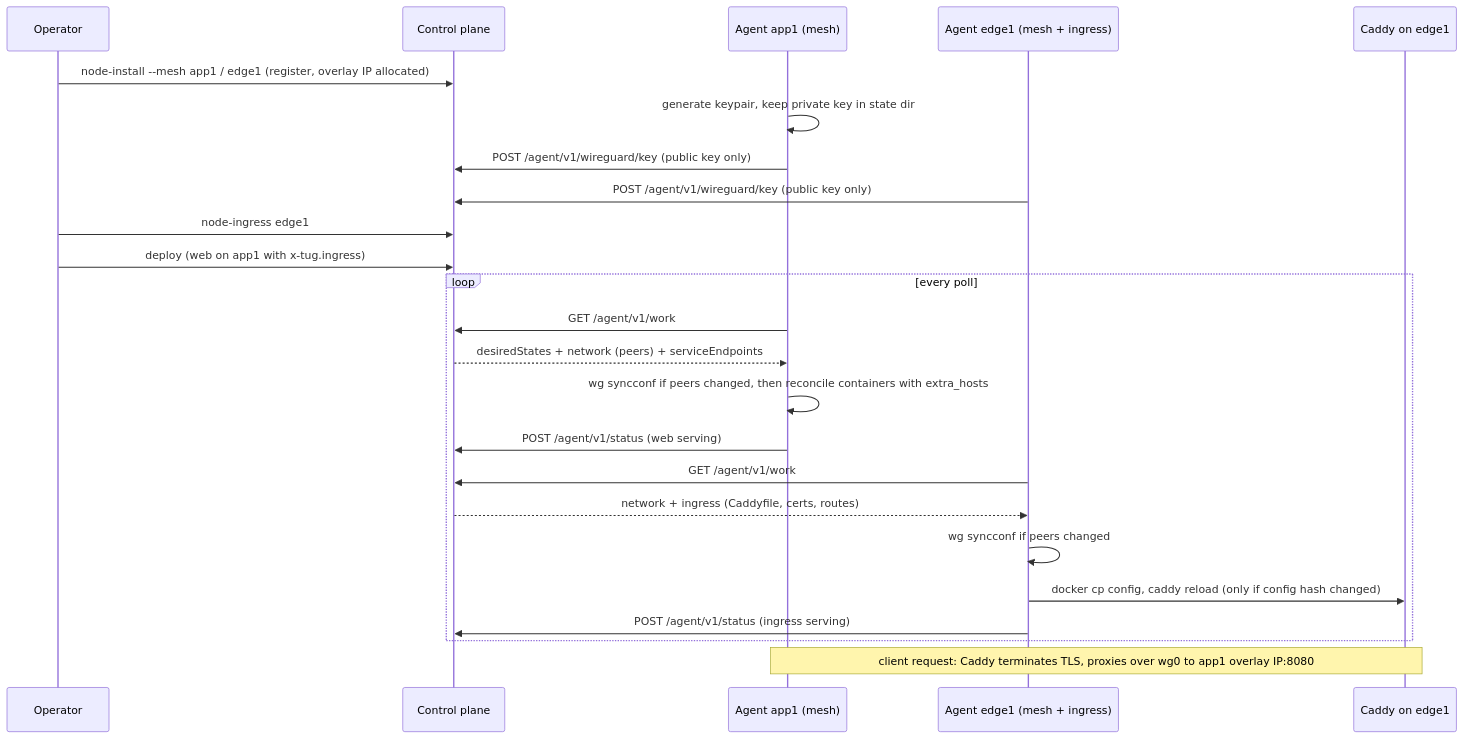
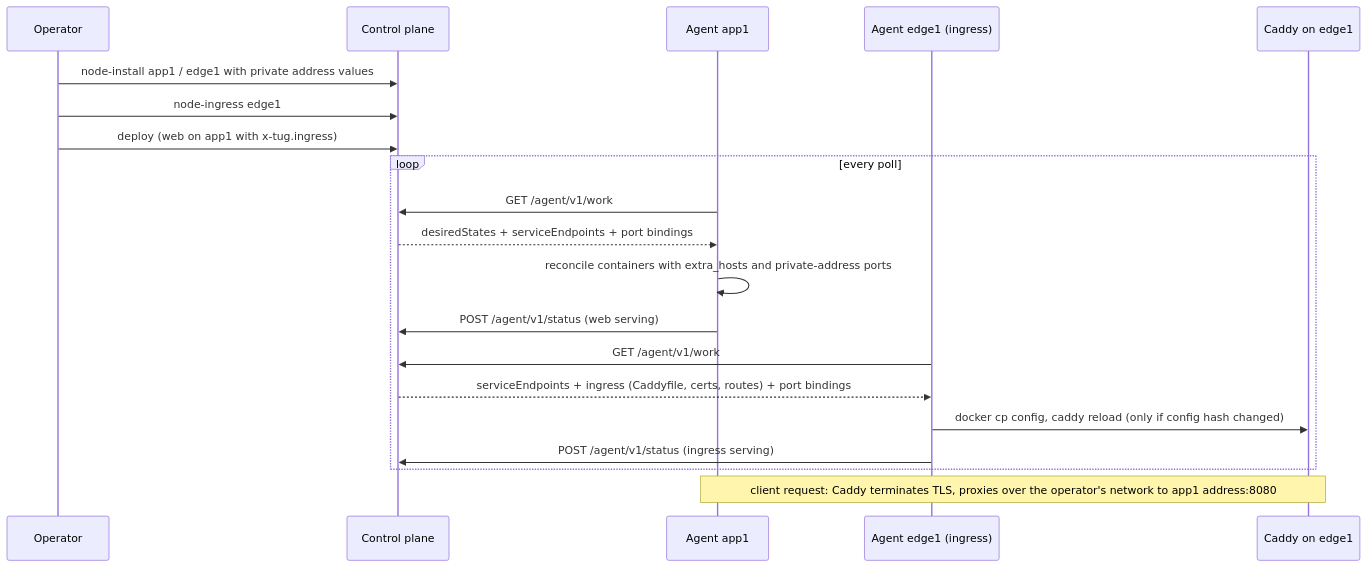
Before and after one commit to wpelevator/tug: the diagram in docs/networking.md, drawn with Mermaid. The commit also changed other lines of this file and 57 other files, not shown here.

Commit message:
feat: remove WireGuard mesh; use the operator's private network

````diff
--- a/docs/networking.md
+++ b/docs/networking.md
@@ -141,27 +124,23 @@
 ```mermaid
 sequenceDiagram
     participant Op as Operator
     participant Ctrl as Control plane
-    participant A as Agent app1 (mesh)
-    participant E as Agent edge1 (mesh + ingress)
+    participant A as Agent app1
+    participant E as Agent edge1 (ingress)
     participant Caddy as Caddy on edge1
 
-    Op->>Ctrl: node-install --mesh app1 / edge1 (register, overlay IP allocated)
-    A->>A: generate keypair, keep private key in state dir
-    A->>Ctrl: POST /agent/v1/wireguard/key (public key only)
-    E->>Ctrl: POST /agent/v1/wireguard/key (public key only)
+    Op->>Ctrl: node-install app1 / edge1 with private address values
     Op->>Ctrl: node-ingress edge1
     Op->>Ctrl: deploy (web on app1 with x-tug.ingress)
     loop every poll
         A->>Ctrl: GET /agent/v1/work
-        Ctrl-->>A: desiredStates + network (peers) + serviceEndpoints
-        A->>A: wg syncconf if peers changed, then reconcile containers with extra_hosts
+        Ctrl-->>A: desiredStates + serviceEndpoints + port bindings
+        A->>A: reconcile containers with extra_hosts and private-address ports
         A->>Ctrl: POST /agent/v1/status (web serving)
         E->>Ctrl: GET /agent/v1/work
-        Ctrl-->>E: network + ingress (Caddyfile, certs, routes)
-        E->>E: wg syncconf if peers changed
+        Ctrl-->>E: serviceEndpoints + ingress (Caddyfile, certs, routes) + port bindings
         E->>Caddy: docker cp config, caddy reload (only if config hash changed)
         E->>Ctrl: POST /agent/v1/status (ingress serving)
     end
-    Note over Caddy,A: client request: Caddy terminates TLS, proxies over wg0 to app1 overlay IP:8080
+    Note over Caddy,A: client request: Caddy terminates TLS, proxies over the operator's network to app1 address:8080
 ```
````
